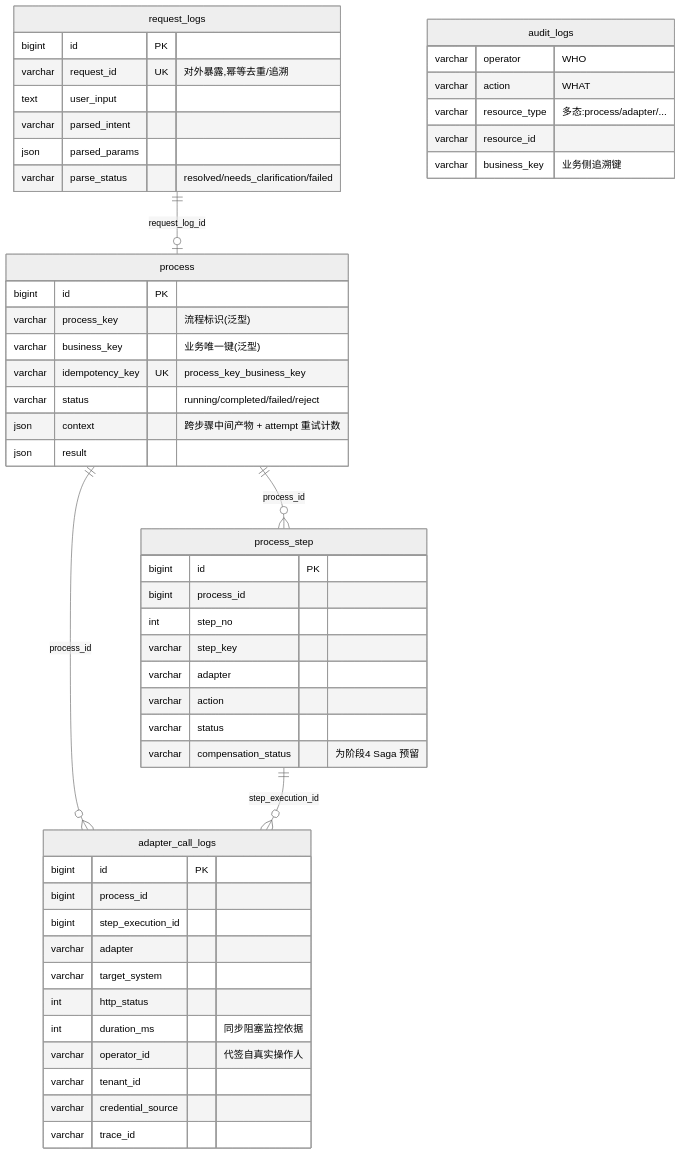
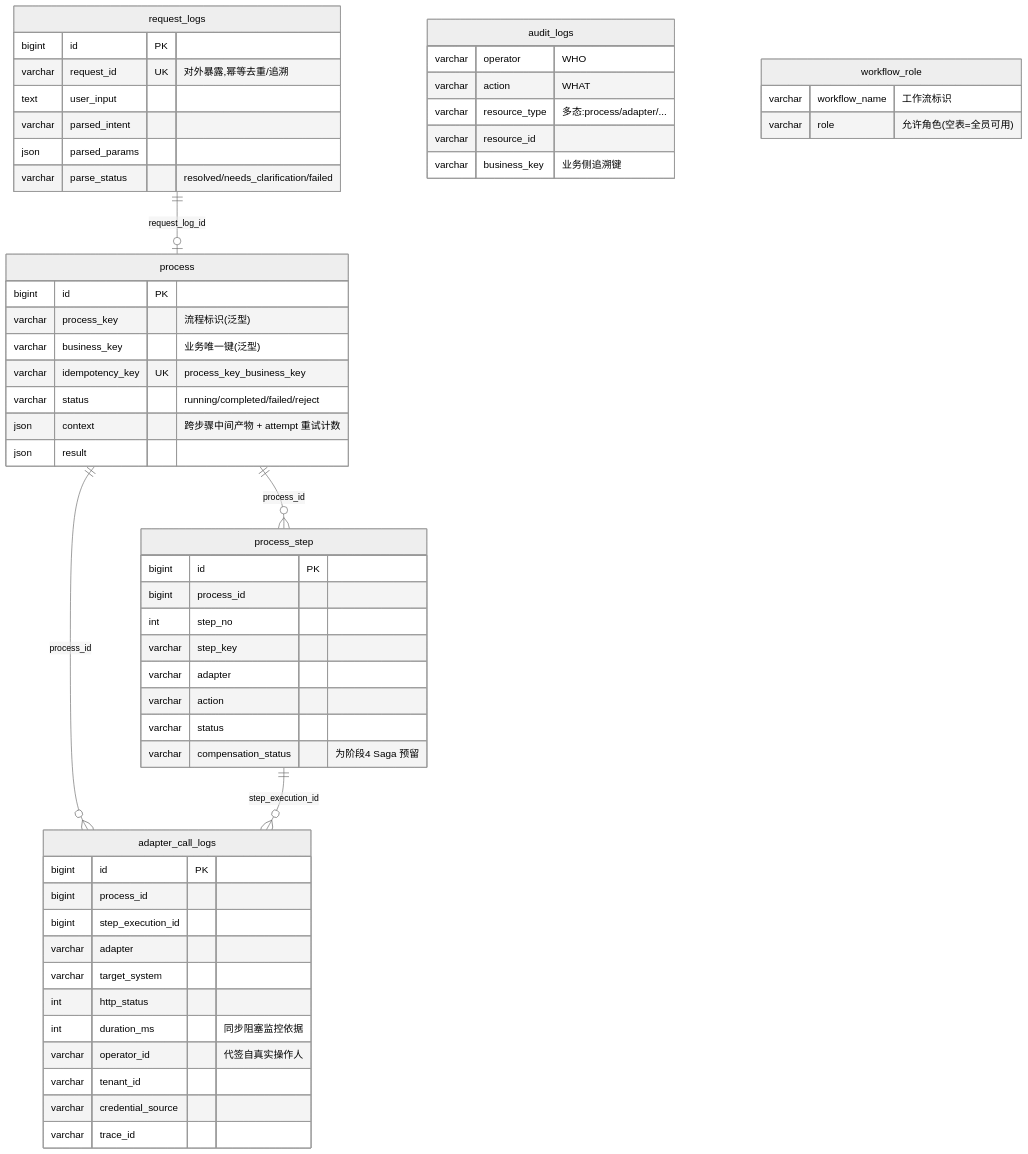
Before and after one commit to zs2731070169-web/smart_talkflow: the second of 2 diagrams in README.md, drawn with Mermaid (neutral theme). The commit also changed other lines of this file and 10 other files, not shown here.

````diff
--- a/README.md
+++ b/README.md
@@ -354,55 +362,59 @@
 ```mermaid
 erDiagram
     request_logs ||--o| process : "request_log_id"
     process ||--o{ process_step : "process_id"
     process ||--o{ adapter_call_logs : "process_id"
     process_step ||--o{ adapter_call_logs : "step_execution_id"
 
     request_logs {
         bigint  id PK
         varchar request_id UK "对外暴露,幂等去重/追溯"
         text    user_input
         varchar parsed_intent
         json    parsed_params
         varchar parse_status "resolved/needs_clarification/failed"
     }
     process {
         bigint  id PK
         varchar process_key "流程标识(泛型)"
         varchar business_key "业务唯一键(泛型)"
         varchar idempotency_key UK "process_key_business_key"
         varchar status "running/completed/failed/reject"
         json    context "跨步骤中间产物 + attempt 重试计数"
         json    result
     }
     process_step {
         bigint  id PK
         bigint  process_id
         int     step_no
         varchar step_key
         varchar adapter
         varchar action
         varchar status
         varchar compensation_status "为阶段4 Saga 预留"
     }
     adapter_call_logs {
         bigint  id PK
         bigint  process_id
         bigint  step_execution_id
         varchar adapter
         varchar target_system
         int     http_status
         int     duration_ms "同步阻塞监控依据"
         varchar operator_id "代签自真实操作人"
         varchar tenant_id
         varchar credential_source
         varchar trace_id
     }
     audit_logs {
         varchar operator "WHO"
         varchar action "WHAT"
         varchar resource_type "多态:process/adapter/..."
         varchar resource_id
         varchar business_key "业务侧追溯键"
     }
+    workflow_role {
+        varchar workflow_name "工作流标识"
+        varchar role           "允许角色(空表=全员可用)"
+    }
 ```
````
